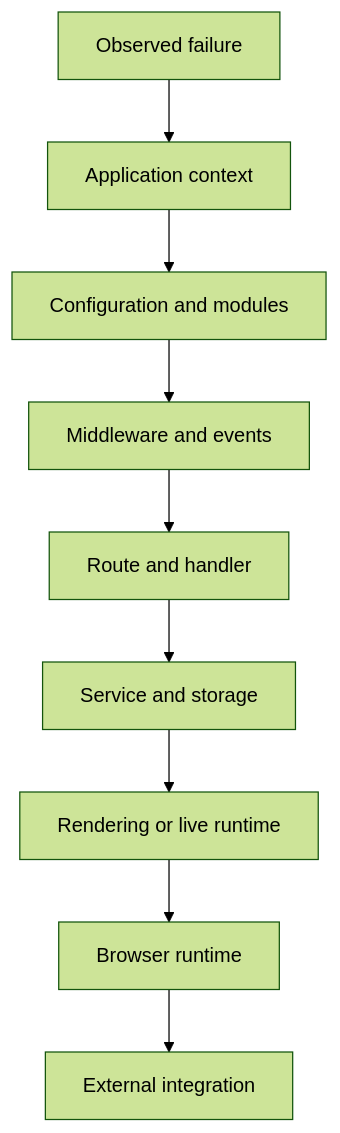
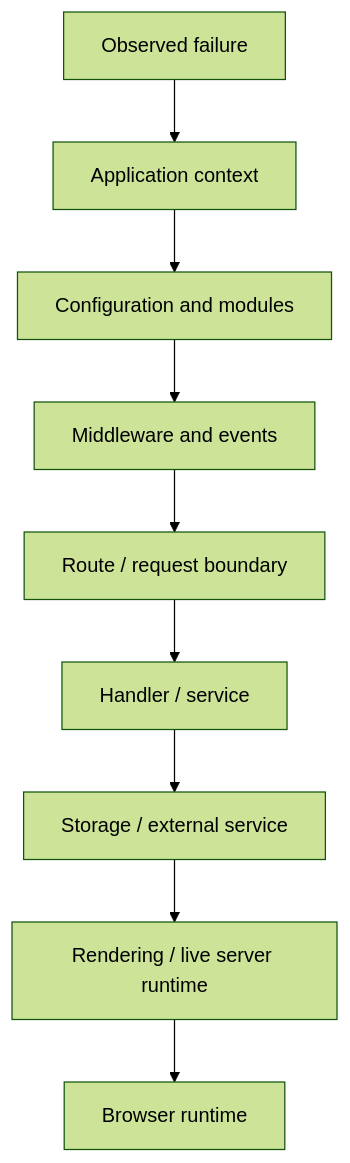
The first of 2 diagrams in documentation/handbook/20-testing-and-debugging.md (shuklasp/spp), drawn with Mermaid (forest theme) before and after one commit. The commit also changed other lines of this file, not shown here.

````diff
--- a/documentation/handbook/20-testing-and-debugging.md
+++ b/documentation/handbook/20-testing-and-debugging.md
@@ -84,11 +58,11 @@
 ```mermaid
 flowchart TD
     A[Observed failure] --> B[Application context]
     B --> C[Configuration and modules]
     C --> D[Middleware and events]
-    D --> E[Route and handler]
-    E --> F[Service and storage]
-    F --> G[Rendering or live runtime]
-    G --> H[Browser runtime]
-    H --> I[External integration]
+    D --> E[Route / request boundary]
+    E --> F[Handler / service]
+    F --> G[Storage / external service]
+    G --> H[Rendering / live server runtime]
+    H --> I[Browser runtime]
 ```
````
